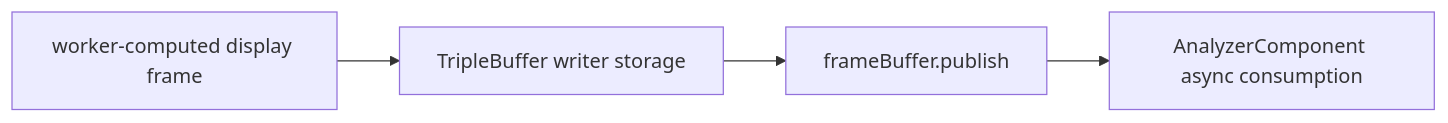
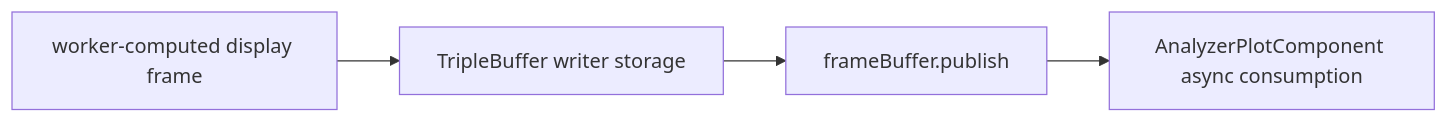
Before and after one commit to Silenterc/Band-Spectrum-Analyzer: the seventh of 7 diagrams in docs/audio-processing-architecture.md, drawn with Mermaid. The commit also changed other lines of this file and 16 other files, not shown here.

Commit message:
Moved the analyzer plot to its own component for better soc

````diff
--- a/docs/audio-processing-architecture.md
+++ b/docs/audio-processing-architecture.md
@@ -246,6 +247,6 @@
 ```mermaid
 flowchart LR
     WorkerState[worker-computed display frame] --> Writer[TripleBuffer writer storage]
     Writer --> Publish[frameBuffer.publish]
-    Publish --> UI[AnalyzerComponent async consumption]
+    Publish --> UI[AnalyzerPlotComponent async consumption]
 ```
````
